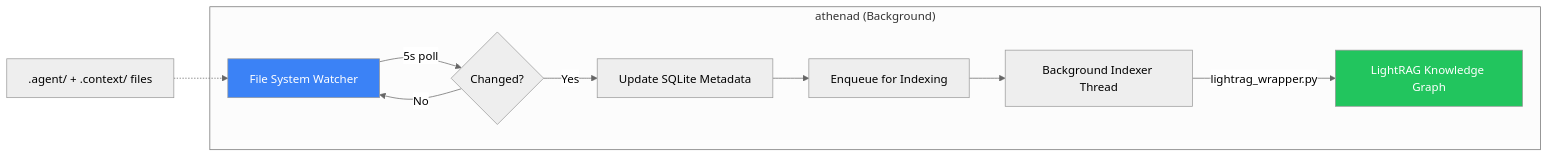
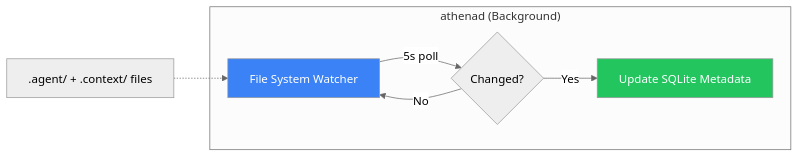
The fifth of 9 diagrams in docs/ARCHITECTURE.md (agent-memory-atlas-archive/winstonkoh87--Athena-Public), drawn with Mermaid (neutral theme) before and after one commit. The commit also changed other lines of this file and 4 other files, not shown here.

````diff
--- a/docs/ARCHITECTURE.md
+++ b/docs/ARCHITECTURE.md
@@ -369,16 +369,13 @@
 ```mermaid
 graph LR
     subgraph "athenad (Background)"
         WATCH[File System Watcher] --> |"5s poll"| CHECK{Changed?}
         CHECK --> |Yes| META[Update SQLite Metadata]
-        META --> QUEUE[Enqueue for Indexing]
-        QUEUE --> BG[Background Indexer Thread]
-        BG --> |"lightrag_wrapper.py"| GRAPH[LightRAG Knowledge Graph]
         CHECK --> |No| WATCH
     end
 
     FS[".agent/ + .context/ files"] -.-> WATCH
 
     style WATCH fill:#3b82f6,color:#fff
-    style GRAPH fill:#22c55e,color:#fff
+    style META fill:#22c55e,color:#fff
 ```
````
